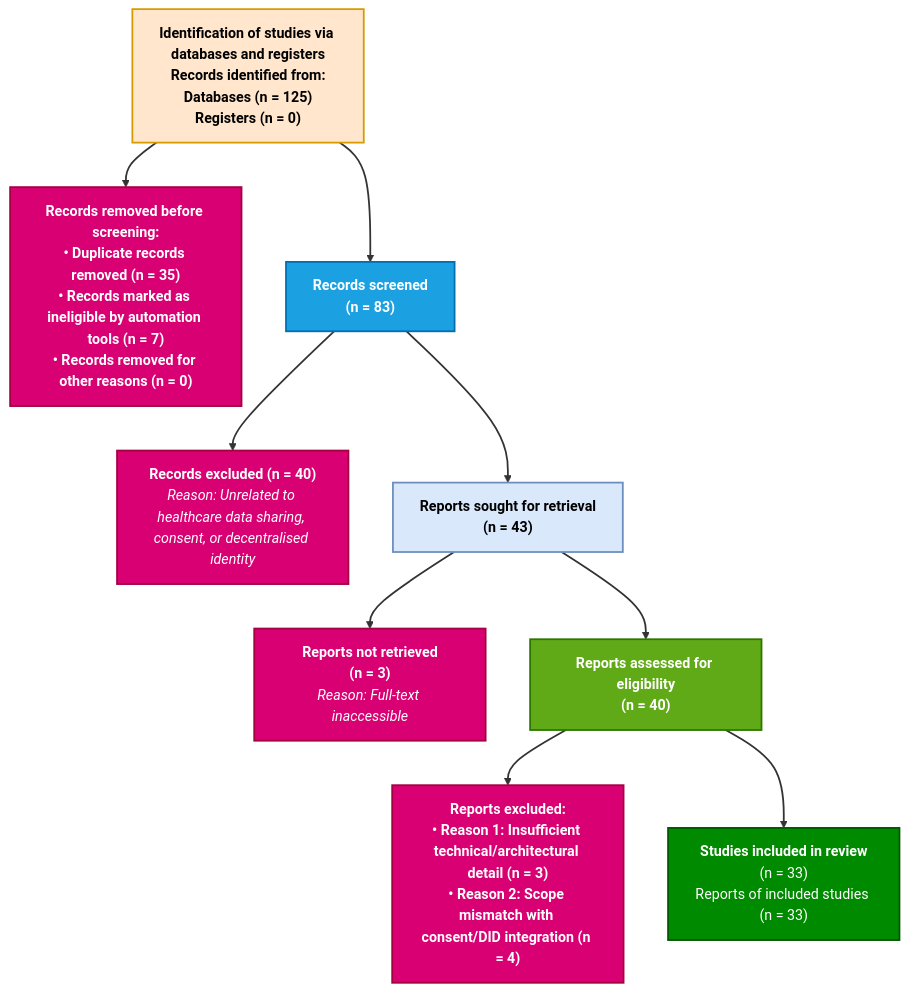
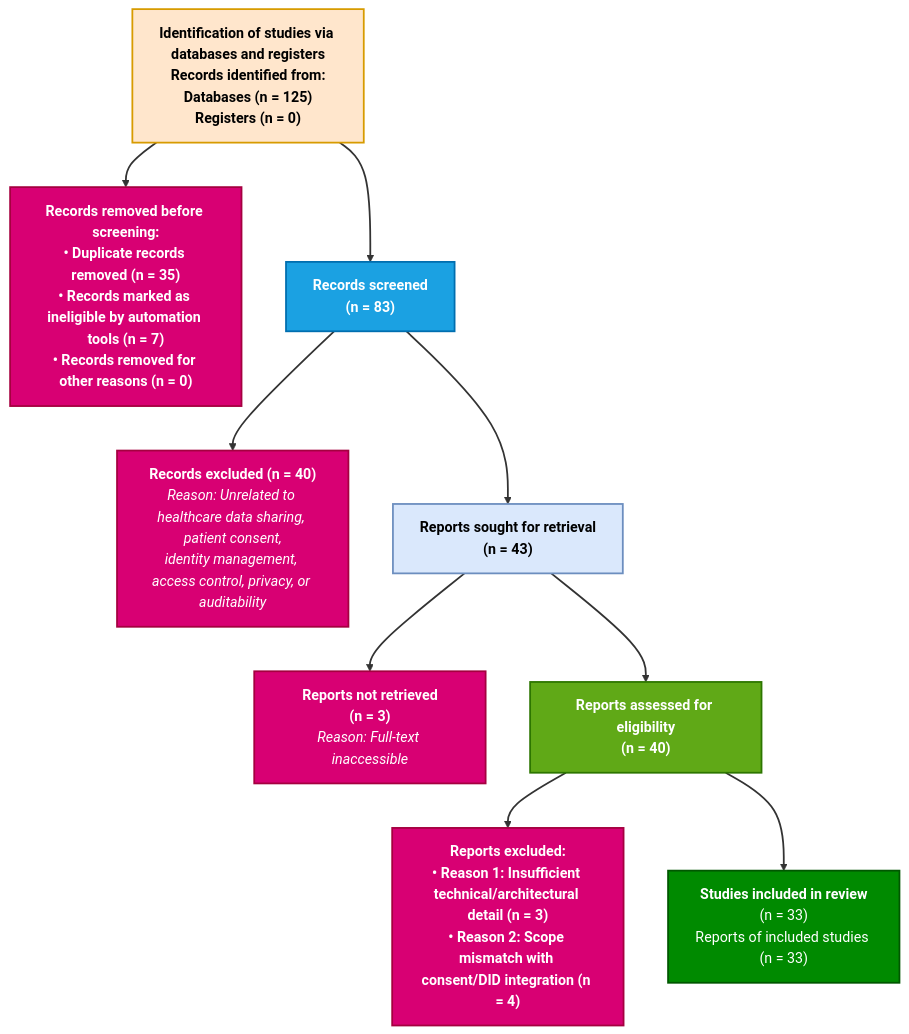
One commit to yasir12345678900/HealthRWA-Sepolia-Personal-try changed the diagram in review/word/figures_colour/fig02.mmd. Above: the diagram before and after it, drawn with Mermaid. The commit also changed 47 other files, not shown here.

First line of the commit message:
CA2 report: align every figure with the text, equations and algorithms

```diff
--- a/review/word/figures_colour/fig02.mmd
+++ b/review/word/figures_colour/fig02.mmd
@@ -1,24 +1,24 @@
 %%{init: {"flowchart": {"curve": "basis"}}}%%
 flowchart TD
 A["<b>Identification of studies via databases and registers<br/>Records identified from:<br/>Databases (n = 125)<br/>Registers (n = 0)</b>"]
 A --> B["<b>Records removed before screening:<br/>• Duplicate records removed (n = 35)<br/>• Records marked as ineligible by automation tools (n = 7)<br/>• Records removed for other reasons (n = 0)</b>"]
 A --> C["<b>Records screened<br/>(n = 83)</b>"]
-C --> D["<b>Records excluded (n = 40)</b><br/><i>Reason: Unrelated to healthcare data sharing, consent, or decentralised identity</i>"]
+C --> D["<b>Records excluded (n = 40)</b><br/><i>Reason: Unrelated to healthcare data sharing, patient consent,<br/>identity management, access control, privacy, or auditability</i>"]
 C --> E["<b>Reports sought for retrieval<br/>(n = 43)</b>"]
 E --> F["<b>Reports not retrieved<br/>(n = 3)</b><br/><i>Reason: Full-text inaccessible</i>"]
 E --> G["<b>Reports assessed for eligibility<br/>(n = 40)</b>"]
 G --> H["<b>Reports excluded:<br/>• Reason 1: Insufficient technical/architectural detail (n = 3)<br/>• Reason 2: Scope mismatch with consent/DID integration (n = 4)</b>"]
 G --> I["<b>Studies included in review</b><br/>(n = 33)<br/>Reports of included studies (n = 33)"]
 classDef id fill:#FFE6CC,stroke:#D79B00,stroke-width:2px,color:#000
 classDef ex fill:#D80073,stroke:#A50040,stroke-width:2px,color:#fff
 classDef sc fill:#1BA1E2,stroke:#006EAF,stroke-width:2px,color:#fff
 classDef so fill:#DAE8FC,stroke:#6C8EBF,stroke-width:2px,color:#000
 classDef as fill:#60A917,stroke:#2D7600,stroke-width:2px,color:#fff
 classDef inc fill:#008A00,stroke:#005700,stroke-width:2px,color:#fff
 class A id
 class B,D,F,H ex
 class C sc
 class E so
 class G as
 class I inc
 linkStyle default stroke:#333333,stroke-width:2px
```
